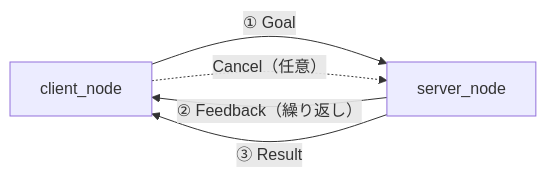
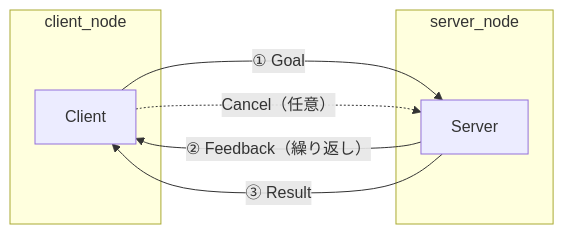
The third of 4 diagrams in docs/01_introduction.md (Harlequinade1123/ros1-tutorials), drawn with Mermaid before and after one commit. The commit also changed other lines of this file, not shown here.

Commit message:
docs: add Publisher/Subscriber subgraphs to node diagrams in ch.1

````diff
--- a/docs/01_introduction.md
+++ b/docs/01_introduction.md
@@ -82,7 +95,13 @@
 ```mermaid
 graph LR
-    client["client_node"] -->|"① Goal"| server["server_node"]
-    server -->|"② Feedback（繰り返し）"| client
-    server -->|"③ Result"| client
-    client -.->|"Cancel（任意）"| server
+    subgraph clientNode ["client_node"]
+        C["Client"]
+    end
+    subgraph serverNode ["server_node"]
+        S["Server"]
+    end
+    C -->|"① Goal"| S
+    S -->|"② Feedback（繰り返し）"| C
+    S -->|"③ Result"| C
+    C -.->|"Cancel（任意）"| S
 ```
````
